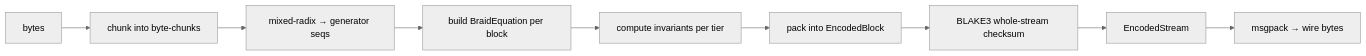
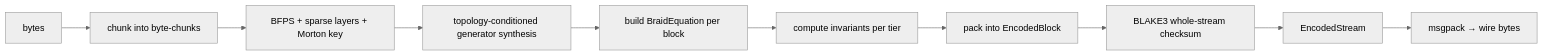
The second of 3 diagrams in docs/architecture.md (mehdiskouri/BraidCodec), drawn with Mermaid (neutral theme) before and after one commit. The commit also changed other lines of this file and 42 other files, not shown here.

````diff
--- a/docs/architecture.md
+++ b/docs/architecture.md
@@ -43,11 +44,12 @@
 ```mermaid
 flowchart LR
     A[bytes] --> B[chunk into byte-chunks]
-    B --> C[mixed-radix → generator seqs]
+    B --> P[BFPS + sparse layers + Morton key]
+    P --> C[topology-conditioned generator synthesis]
     C --> D[build BraidEquation per block]
     D --> E[compute invariants per tier]
     E --> F[pack into EncodedBlock]
     F --> G[BLAKE3 whole-stream checksum]
     G --> H[EncodedStream]
     H --> I[msgpack → wire bytes]
 ```
````
